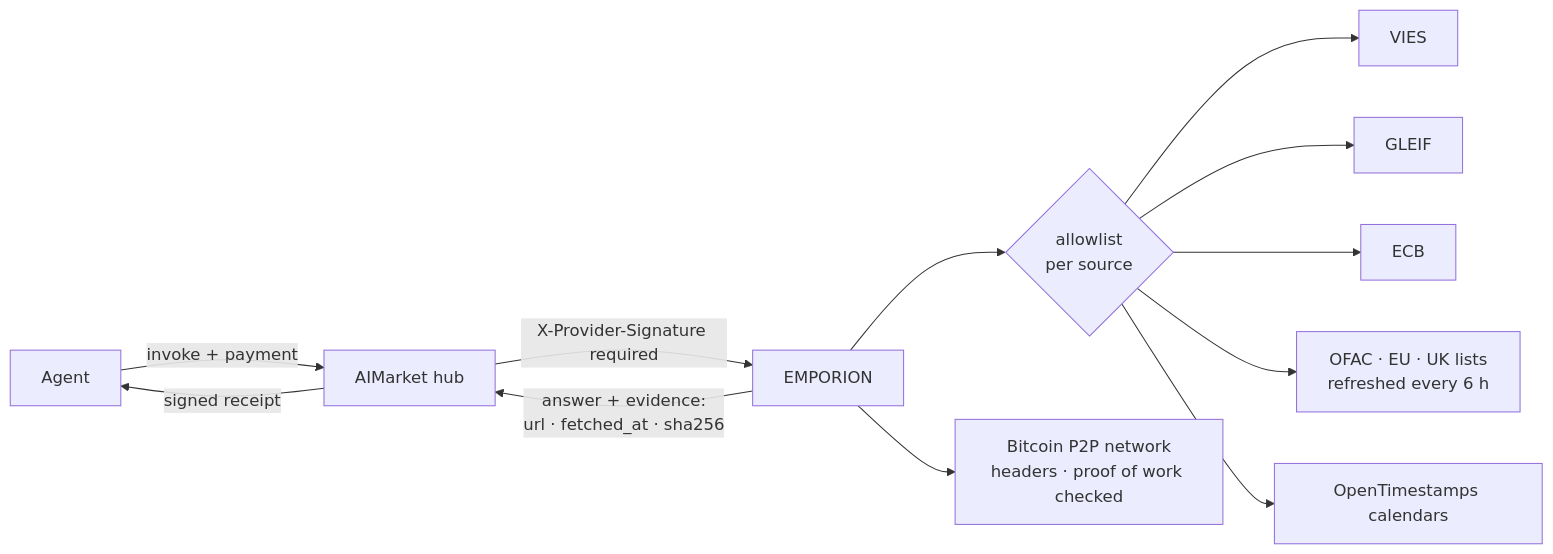
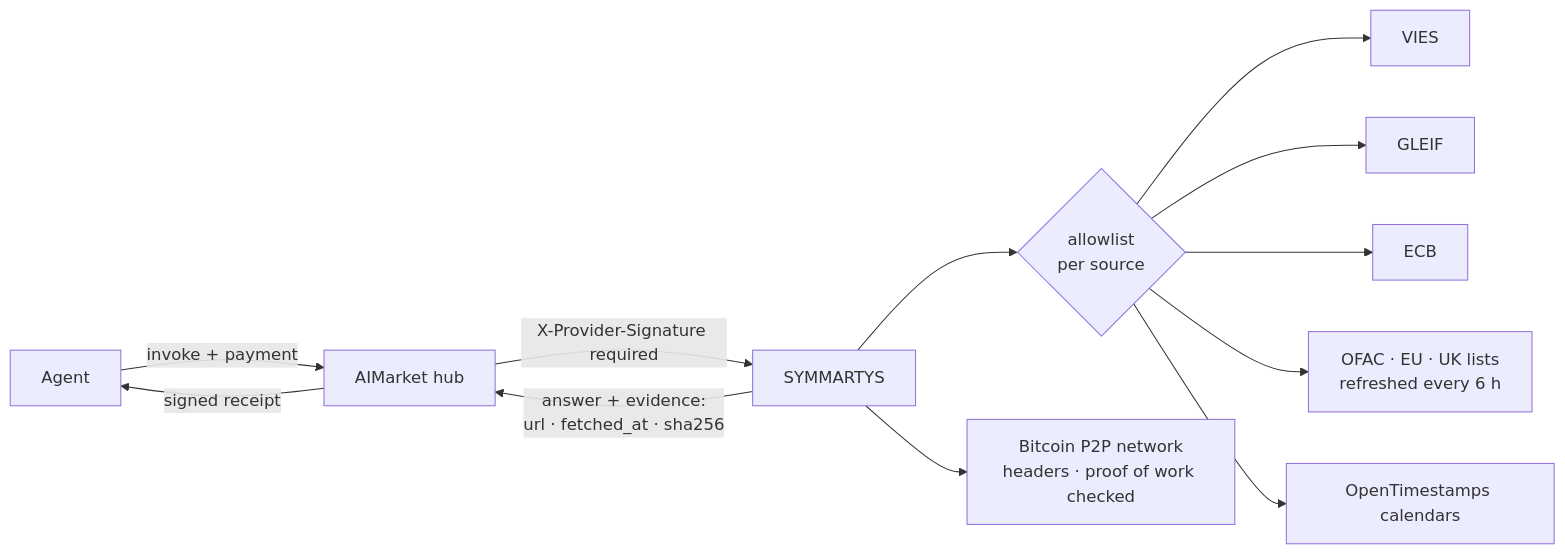
Before and after one commit to alexar76/emporion: the first of 3 diagrams in README.md, drawn with Mermaid. The commit also changed other lines of this file and 65 other files, not shown here.

````diff
--- a/README.md
+++ b/README.md
@@ -63,14 +53,14 @@
 ```mermaid
 flowchart LR
     A[Agent] -->|invoke + payment| H[AIMarket hub]
-    H -->|X-Provider-Signature required| E[EMPORION]
+    H -->|X-Provider-Signature required| E[SYMMARTYS]
     E --> N{allowlist<br/>per source}
     N --> V[VIES]
     N --> G[GLEIF]
     N --> C[ECB]
     N --> S[OFAC · EU · UK lists<br/>refreshed every 6 h]
     N --> O[OpenTimestamps calendars]
     E --> X[Bitcoin P2P network<br/>headers · proof of work checked]
     E -->|answer + evidence:<br/>url · fetched_at · sha256| H
     H -->|signed receipt| A
 ```
````
